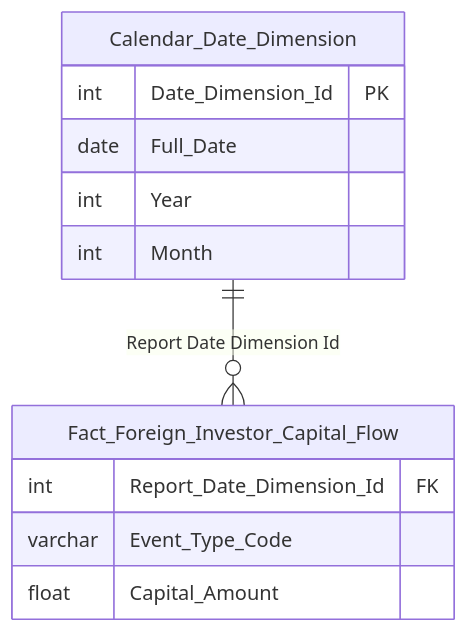
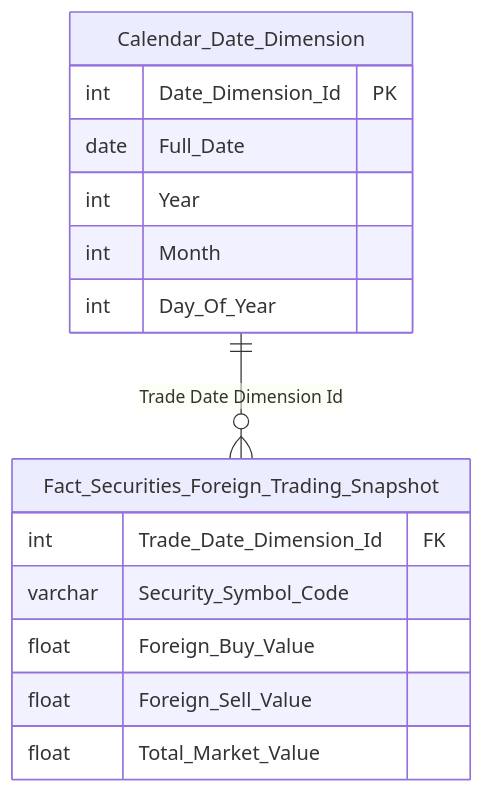
One commit to linhlvit/ubck_atomic_design changed the eighth of 28 diagrams in Datamart/hld/DTM_NDTNN_HLD.md. Above: the diagram before and after it, drawn with Mermaid. The commit also changed other lines of this file and 9 other files, not shown here.

````diff
--- a/Datamart/hld/DTM_NDTNN_HLD.md
+++ b/Datamart/hld/DTM_NDTNN_HLD.md
@@ -495,16 +318,19 @@
 ```mermaid
 erDiagram
     Calendar_Date_Dimension {
         int Date_Dimension_Id PK
         date Full_Date
         int Year
         int Month
+        int Day_Of_Year
     }
-    Fact_Foreign_Investor_Capital_Flow {
-        int Report_Date_Dimension_Id FK
-        varchar Event_Type_Code
-        float Capital_Amount
+    Fact_Securities_Foreign_Trading_Snapshot {
+        int Trade_Date_Dimension_Id FK
+        varchar Security_Symbol_Code
+        float Foreign_Buy_Value
+        float Foreign_Sell_Value
+        float Total_Market_Value
     }
 
-    Calendar_Date_Dimension ||--o{ Fact_Foreign_Investor_Capital_Flow : "Report Date Dimension Id"
+    Calendar_Date_Dimension ||--o{ Fact_Securities_Foreign_Trading_Snapshot : "Trade Date Dimension Id"
 ```
````
